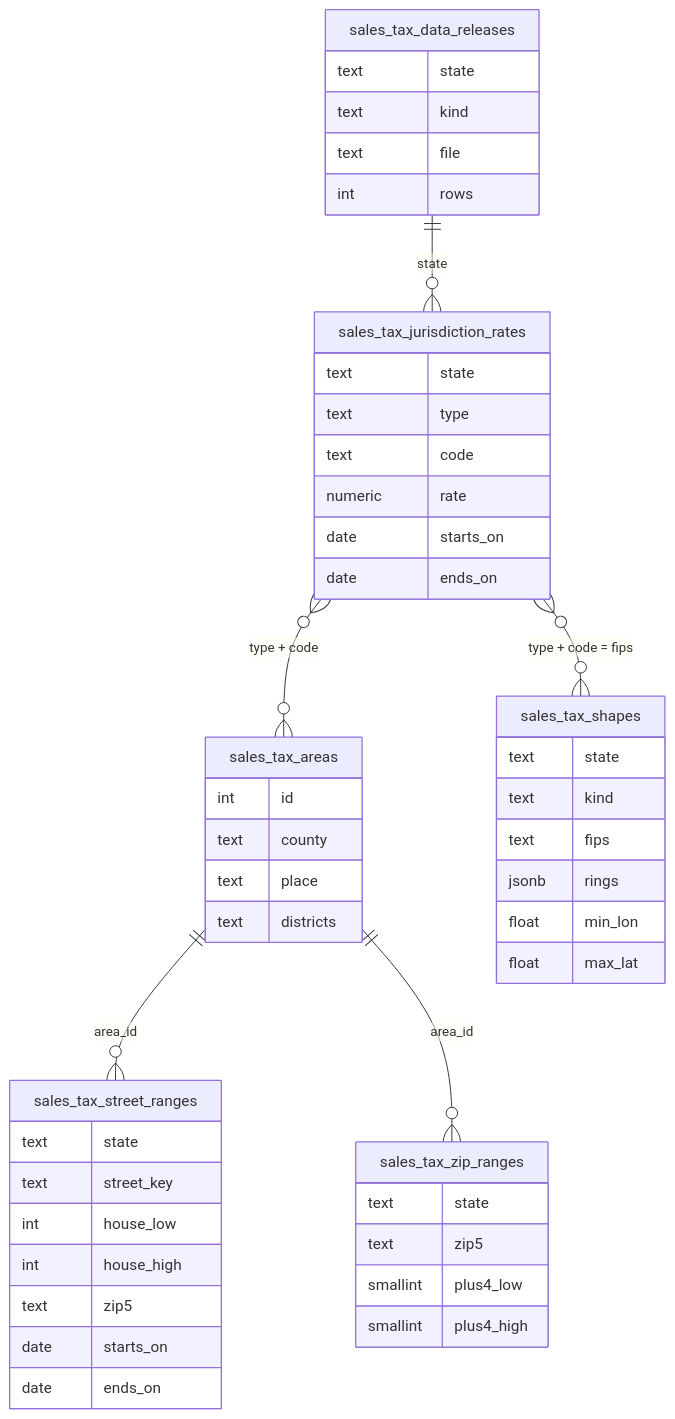
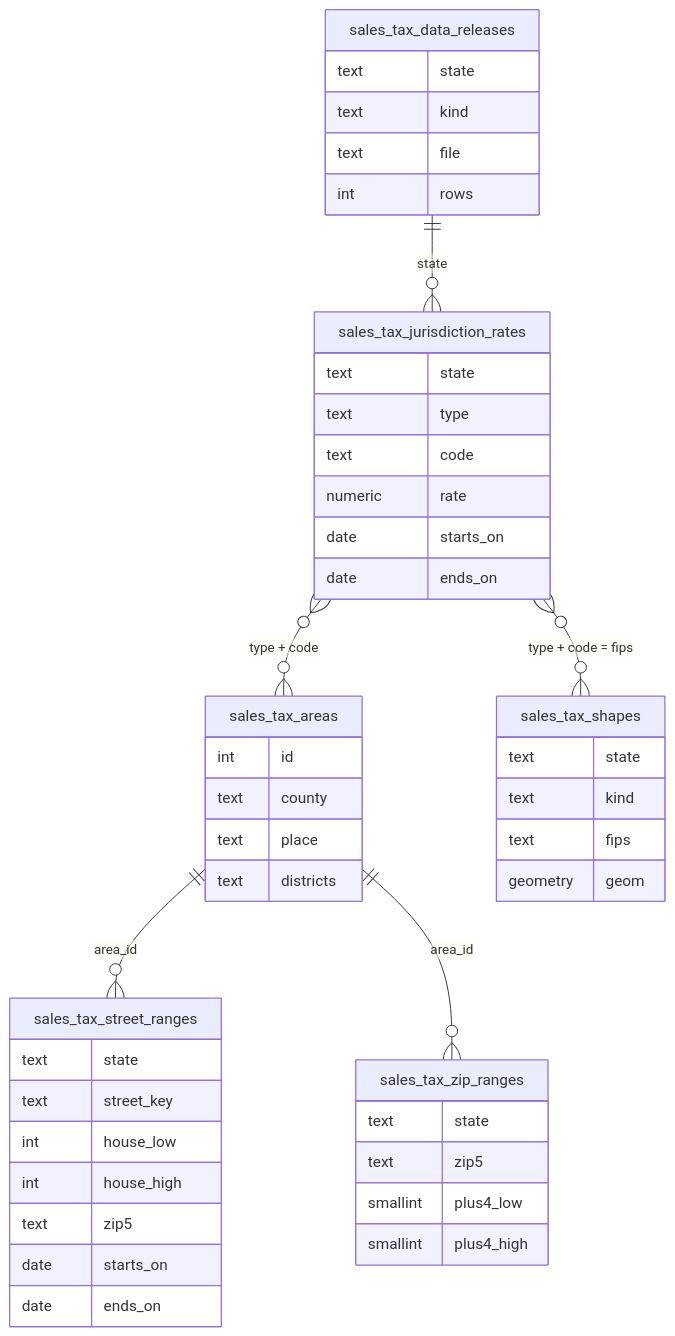
The third of 3 diagrams in docs/architecture.md (equated-org/opentaxrate), drawn with Mermaid before and after one commit. The commit also changed other lines of this file and 27 other files, not shown here.

````diff
--- a/docs/architecture.md
+++ b/docs/architecture.md
@@ -81,52 +81,50 @@
 ```mermaid
 erDiagram
   sales_tax_areas ||--o{ sales_tax_street_ranges : "area_id"
   sales_tax_areas ||--o{ sales_tax_zip_ranges : "area_id"
   sales_tax_jurisdiction_rates }o--o{ sales_tax_areas : "type + code"
   sales_tax_jurisdiction_rates }o--o{ sales_tax_shapes : "type + code = fips"
   sales_tax_data_releases ||--o{ sales_tax_jurisdiction_rates : "state"
 
   sales_tax_street_ranges {
     text state
     text street_key
     int house_low
     int house_high
     text zip5
     date starts_on
     date ends_on
   }
   sales_tax_zip_ranges {
     text state
     text zip5
     smallint plus4_low
     smallint plus4_high
   }
   sales_tax_areas {
     int id
     text county
     text place
     text districts
   }
   sales_tax_jurisdiction_rates {
     text state
     text type
     text code
     numeric rate
     date starts_on
     date ends_on
   }
   sales_tax_shapes {
     text state
     text kind
     text fips
-    jsonb rings
-    float min_lon
-    float max_lat
+    geometry geom
   }
   sales_tax_data_releases {
     text state
     text kind
     text file
     int rows
   }
 ```
````
